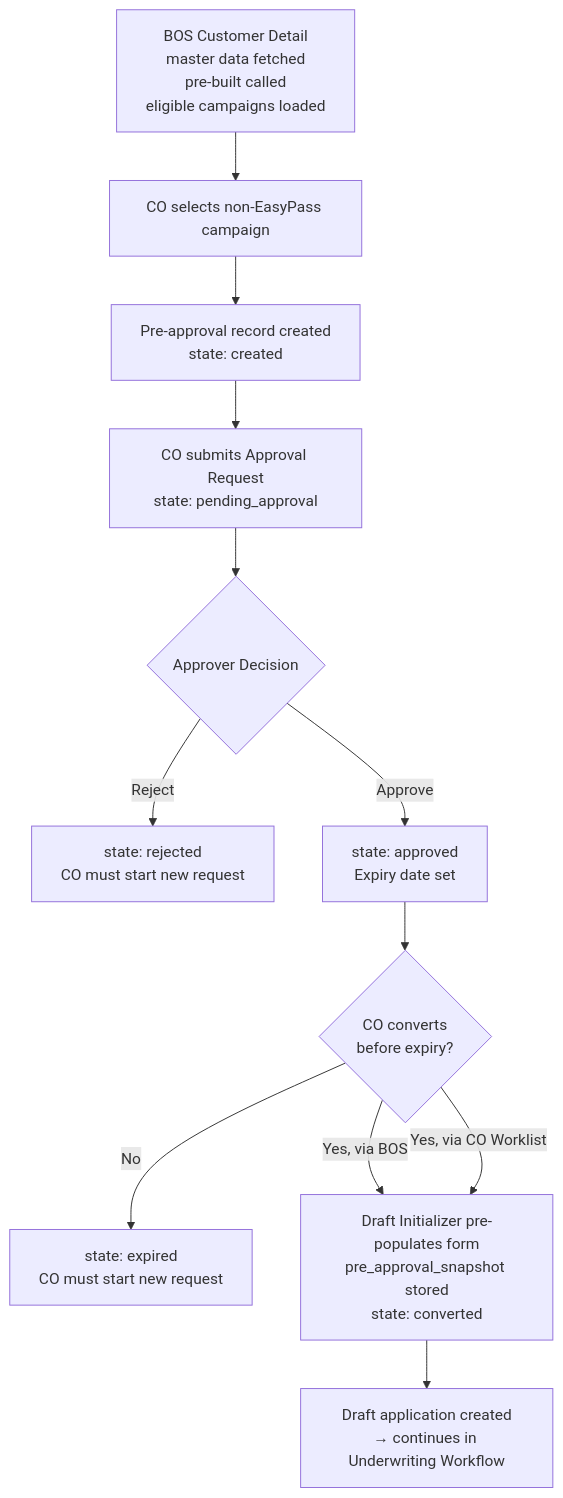
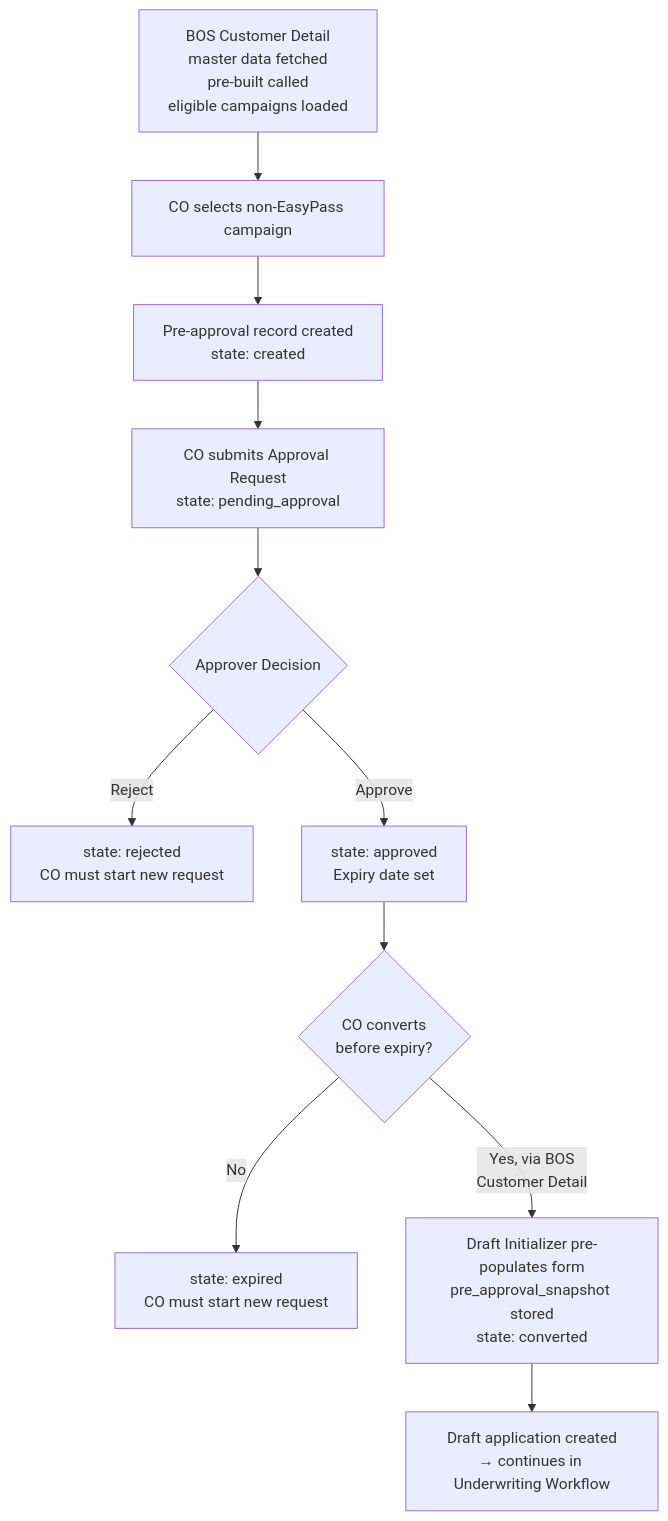
The second of 2 diagrams in product/credit/onigiri/capabilities/pre-approval/CAPABILITY.md (chanatan-sri/TurboProduct), drawn with Mermaid before and after one commit. The commit also changed other lines of this file and 5 other files, not shown here.

First line of the commit message:
feat(onigiri): refine pre-approval capability — plan calculation, tenor filter, status visibility

````diff
--- a/product/credit/onigiri/capabilities/pre-approval/CAPABILITY.md
+++ b/product/credit/onigiri/capabilities/pre-approval/CAPABILITY.md
@@ -160,14 +162,13 @@
 ```mermaid
 flowchart TD
     A[BOS Customer Detail\nmaster data fetched\npre-built called\neligible campaigns loaded] --> B[CO selects non-EasyPass campaign]
     B --> C[Pre-approval record created\nstate: created]
     C --> D[CO submits Approval Request\nstate: pending_approval]
     D --> E{Approver Decision}
     E -- Reject --> F[state: rejected\nCO must start new request]
     E -- Approve --> G[state: approved\nExpiry date set]
     G --> H{CO converts\nbefore expiry?}
     H -- No --> I[state: expired\nCO must start new request]
-    H -- Yes, via BOS --> J[Draft Initializer pre-populates form\npre_approval_snapshot stored\nstate: converted]
-    H -- Yes, via CO Worklist --> J
+    H -- Yes, via BOS\nCustomer Detail --> J[Draft Initializer pre-populates form\npre_approval_snapshot stored\nstate: converted]
     J --> K[Draft application created\n→ continues in Underwriting Workflow]
 ```
````
